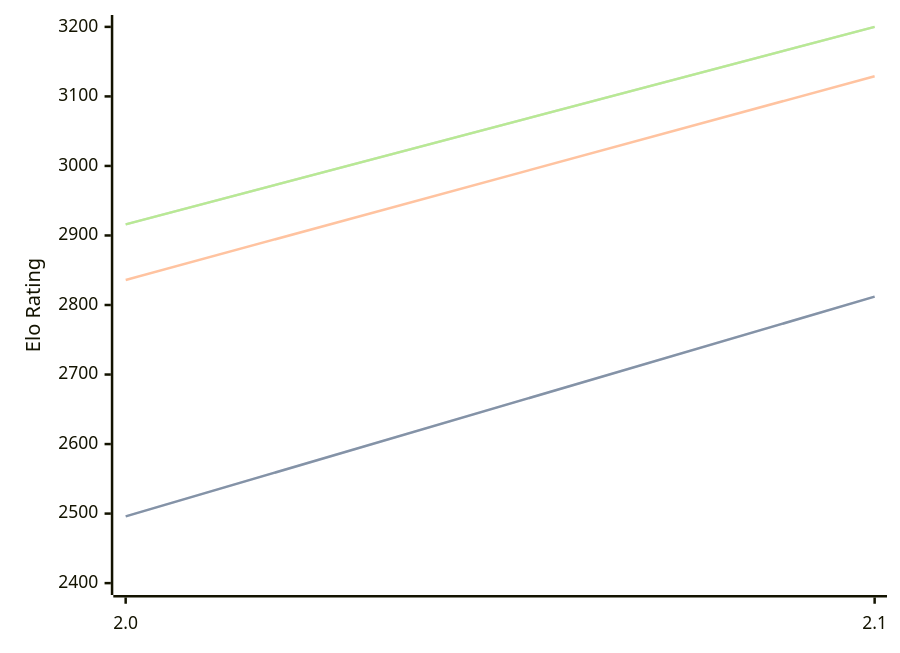
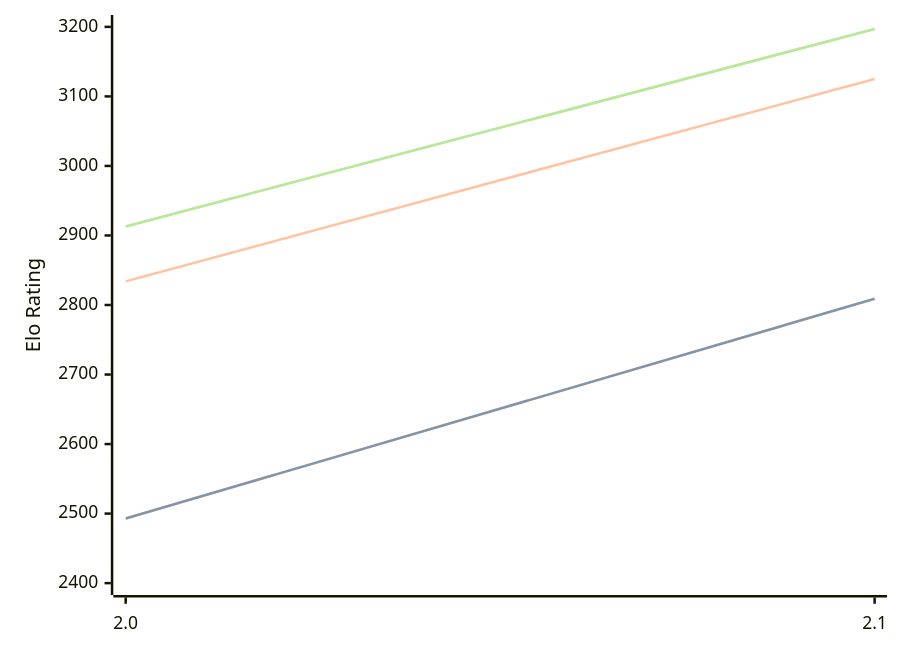
One commit to computer-chess-index/cci changed the diagram in engines/Tunguska.md. Above: the diagram before and after it, drawn with Mermaid. The commit also changed other lines of this file, not shown here.

Commit message:
Update CCI Ratings (ELO VLTC) - 2026-06-08

````diff
--- a/engines/Tunguska.md
+++ b/engines/Tunguska.md
@@ -32,11 +32,11 @@
 ```mermaid
 %%{init: {"theme":"base","themeVariables":{"seriesColors:['#a3a3a3','#222221','#faa371']}}}%%
 xychart-beta
   x-axis ["2.0", "2.1"]
   y-axis "Elo Rating" 2400 --> 3200
-  line "STC (8.0+0.08s)" [2496, 2812]
-  line "STC (8.0+0.08s)" [2496, 2812]
-  line "LTC (60.0+0.60s)" [2836, 3129]
-  line "VLTC (2m24s+1.12s)" [2916, 3200]
-  line "VLTC (2m24s+1.12s)" [2916, 3200]
+  line "STC (8.0+0.08s)" [2493, 2809]
+  line "STC (8.0+0.08s)" [2493, 2809]
+  line "LTC (60.0+0.60s)" [2834, 3125]
+  line "VLTC (2m24s+1.12s)" [2913, 3197]
+  line "VLTC (2m24s+1.12s)" [2913, 3197]
 ```
````
